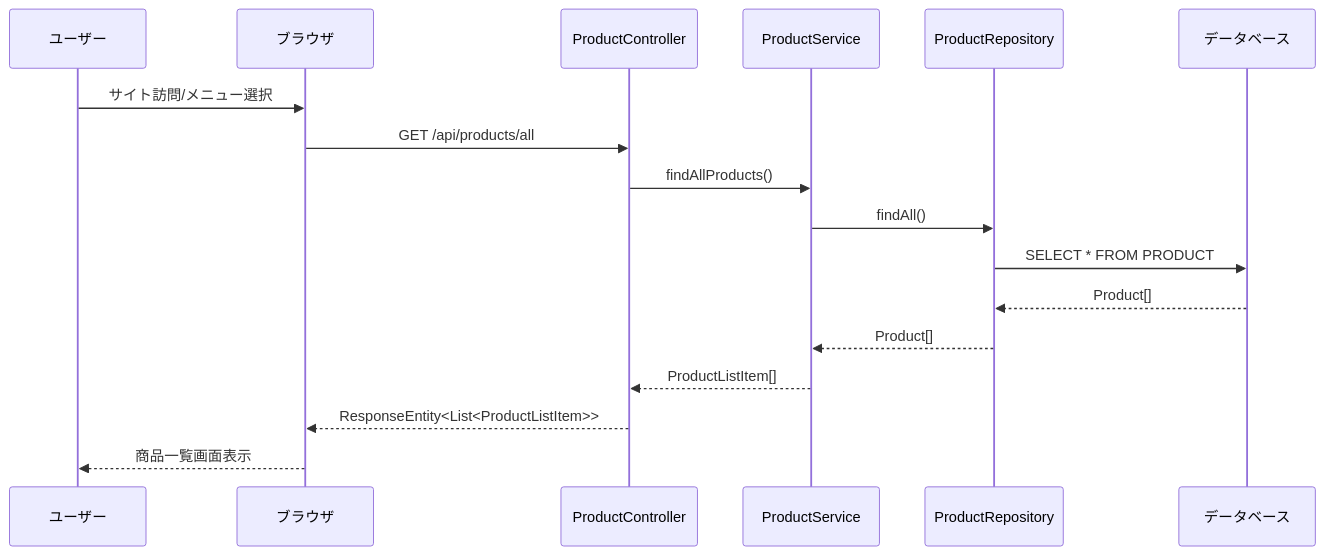
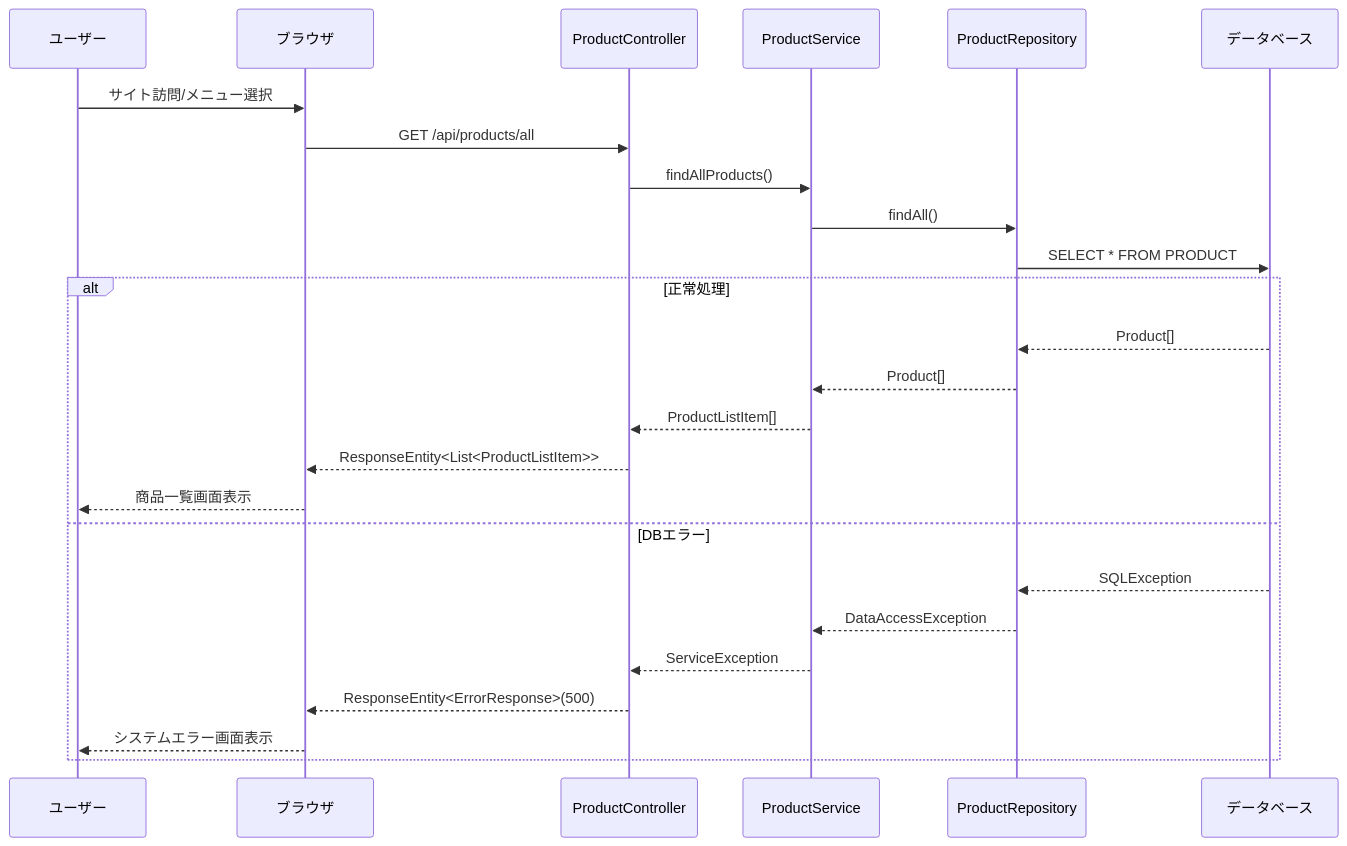
One commit to shogomaeda758/Bacon changed the first of 17 diagrams in 詳細設計/3_sequence.md. Above: the diagram before and after it, drawn with Mermaid. The commit also changed other lines of this file, not shown here.

Commit message:
シーケンス図の修正

````diff
--- a/詳細設計/3_sequence.md
+++ b/詳細設計/3_sequence.md
@@ -35,20 +35,29 @@
 ```mermaid
 sequenceDiagram
     participant U as ユーザー
     participant B as ブラウザ
     participant PC as ProductController
     participant PS as ProductService
     participant PR as ProductRepository
     participant DB as データベース
 
     U->>B: サイト訪問/メニュー選択
     B->>PC: GET /api/products/all
     PC->>PS: findAllProducts()
     PS->>PR: findAll()
     PR->>DB: SELECT * FROM PRODUCT
-    DB-->>PR: Product[]
-    PR-->>PS: Product[]
-    PS-->>PC: ProductListItem[]
-    PC-->>B: ResponseEntity<List<ProductListItem>>
-    B-->>U: 商品一覧画面表示
+    
+    alt 正常処理
+        DB-->>PR: Product[]
+        PR-->>PS: Product[]
+        PS-->>PC: ProductListItem[]
+        PC-->>B: ResponseEntity<List<ProductListItem>>
+        B-->>U: 商品一覧画面表示
+    else DBエラー
+        DB-->>PR: SQLException
+        PR-->>PS: DataAccessException
+        PS-->>PC: ServiceException
+        PC-->>B: ResponseEntity<ErrorResponse>(500)
+        B-->>U: システムエラー画面表示
+    end
 ```
````
